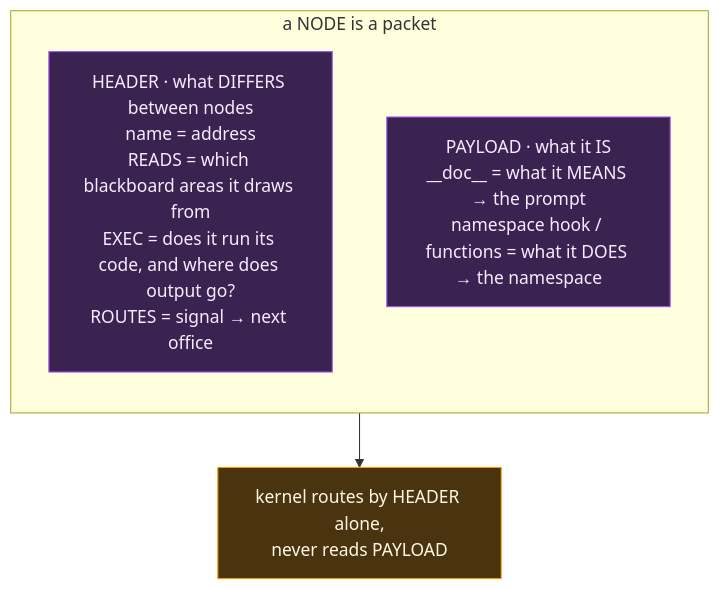
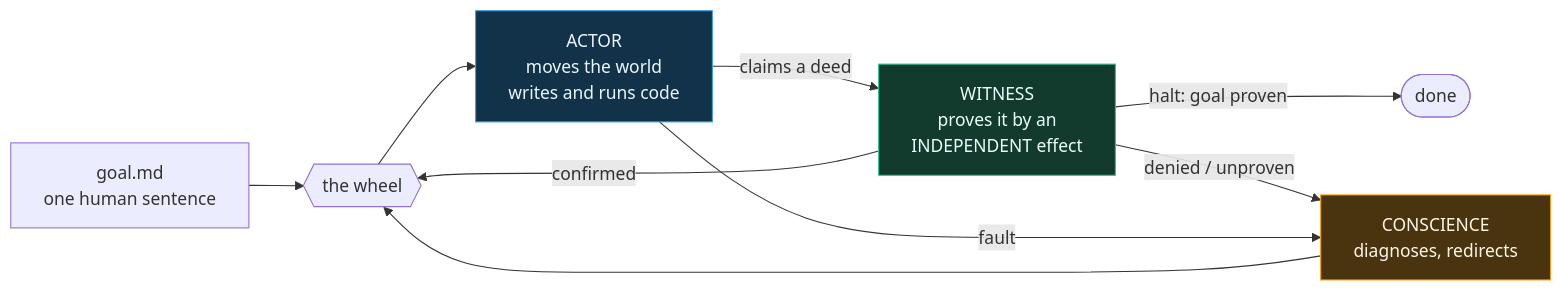
Before and after one commit to wgabrys88/endgame-ai: the first of 3 diagrams in README.md, drawn with Mermaid. The commit also changed other lines of this file, not shown here.

````diff
--- a/README.md
+++ b/README.md
@@ -153,13 +87,17 @@
 ```mermaid
-flowchart TB
-    subgraph PACKET["a NODE is a packet"]
-      direction TB
-      H["HEADER · what DIFFERS between nodes<br/>name = address<br/>READS = which blackboard areas it draws from<br/>EXEC = does it run its code, and where does output go?<br/>ROUTES = signal → next office"]
-      P["PAYLOAD · what it IS<br/>__doc__ = what it MEANS → the prompt<br/>namespace hook / functions = what it DOES → the namespace"]
-    end
-    K["kernel routes by HEADER alone,<br/>never reads PAYLOAD"]
-    PACKET --> K
-    classDef p fill:#3a2350,stroke:#a855f7,color:#f7ecff;
-    classDef k fill:#4a3410,stroke:#f59e0b,color:#fff7e6;
-    class H,P p; class K k;
+flowchart LR
+    G["goal.md<br/>one human sentence"] --> W{{"the wheel"}}
+    W --> A["ACTOR<br/>moves the world<br/>writes and runs code"]
+    A -->|"claims a deed"| V["WITNESS<br/>proves it by an<br/>INDEPENDENT effect"]
+    V -->|confirmed| W
+    V -->|"halt: goal proven"| DONE(["done"])
+    V -->|"denied / unproven"| C["CONSCIENCE<br/>diagnoses, redirects"]
+    A -->|fault| C
+    C --> W
+    classDef act fill:#12324a,stroke:#3ba0e6,color:#eaf6ff
+    classDef win fill:#123b2e,stroke:#31c48d,color:#eafff5
+    classDef con fill:#4a3410,stroke:#f59e0b,color:#fff7e6
+    class A act
+    class V win
+    class C con
 ```
````
